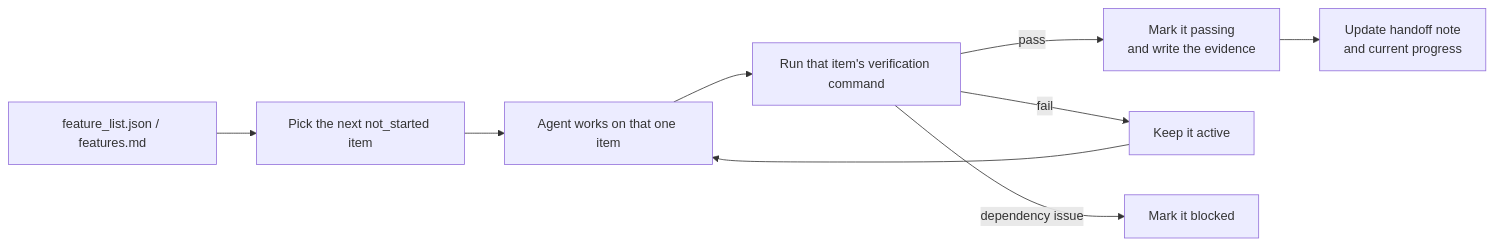
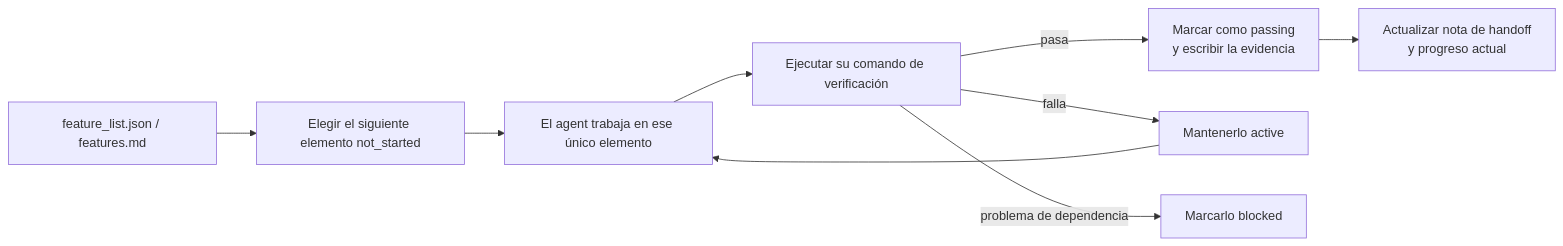
One commit to jordipiella/learn-harness-engineering changed the second of 2 diagrams in docs/es/lectures/lecture-08-why-feature-lists-are-harness-primitives/index.md. Above: the diagram before and after it, drawn with Mermaid. The commit also changed other lines of this file and 108 other files, not shown here.

````diff
--- a/docs/es/lectures/lecture-08-why-feature-lists-are-harness-primitives/index.md
+++ b/docs/es/lectures/lecture-08-why-feature-lists-are-harness-primitives/index.md
@@ -40,11 +41,11 @@
 ```mermaid
 flowchart LR
-    List["feature_list.json / features.md"] --> Scheduler["Pick the next not_started item"]
-    Scheduler --> Agent["Agent works on that one item"]
-    Agent --> Verifier["Run that item's verification command"]
-    Verifier -->|pass| Passing["Mark it passing<br/>and write the evidence"]
-    Verifier -->|fail| Active["Keep it active"]
-    Verifier -->|dependency issue| Blocked["Mark it blocked"]
-    Passing --> Handoff["Update handoff note<br/>and current progress"]
+    List["feature_list.json / features.md"] --> Scheduler["Elegir el siguiente elemento not_started"]
+    Scheduler --> Agent["El agent trabaja en ese único elemento"]
+    Agent --> Verifier["Ejecutar su comando de verificación"]
+    Verifier -->|pasa| Passing["Marcar como passing<br/>y escribir la evidencia"]
+    Verifier -->|falla| Active["Mantenerlo active"]
+    Verifier -->|problema de dependencia| Blocked["Marcarlo blocked"]
+    Passing --> Handoff["Actualizar nota de handoff<br/>y progreso actual"]
     Active --> Agent
 ```
````
